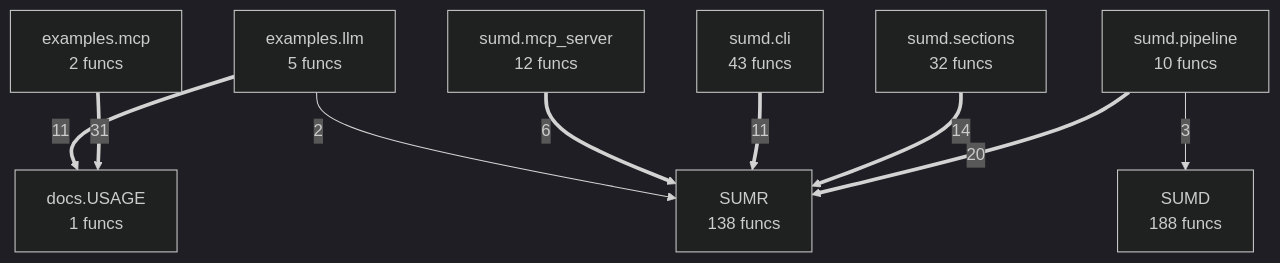
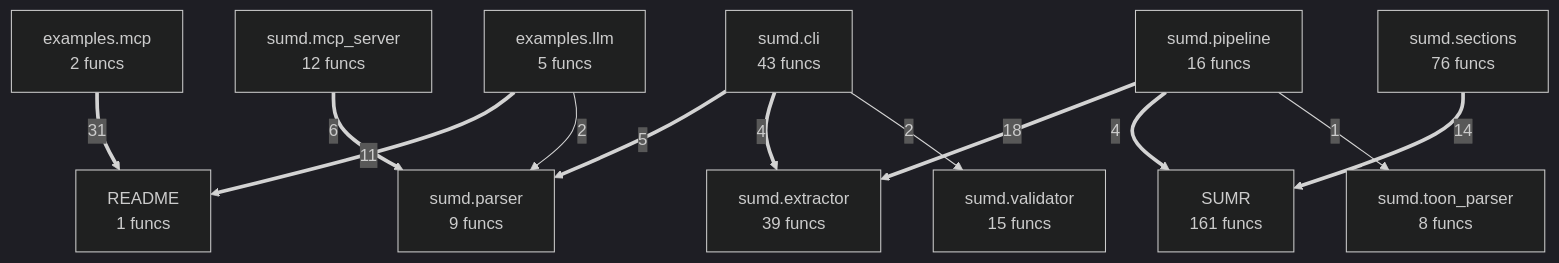
Before and after one commit to oqlos/statement: the diagram in project/compact_flow.mmd, drawn with Mermaid (dark theme). The commit also changed 27 other files, not shown here.

```diff
--- a/project/compact_flow.mmd
+++ b/project/compact_flow.mmd
@@ -1,18 +1,24 @@
 flowchart TD
-    SUMD["SUMD<br/>188 funcs"]
-    SUMR["SUMR<br/>138 funcs"]
-    docs__USAGE["docs.USAGE<br/>1 funcs"]
+    README["README<br/>1 funcs"]
+    SUMR["SUMR<br/>161 funcs"]
     examples__llm["examples.llm<br/>5 funcs"]
     examples__mcp["examples.mcp<br/>2 funcs"]
     sumd__cli["sumd.cli<br/>43 funcs"]
+    sumd__extractor["sumd.extractor<br/>39 funcs"]
     sumd__mcp_server["sumd.mcp_server<br/>12 funcs"]
-    sumd__pipeline["sumd.pipeline<br/>10 funcs"]
-    sumd__sections["sumd.sections<br/>32 funcs"]
-    examples__mcp ==>|31| docs__USAGE
-    sumd__pipeline ==>|20| SUMR
+    sumd__parser["sumd.parser<br/>9 funcs"]
+    sumd__pipeline["sumd.pipeline<br/>16 funcs"]
+    sumd__sections["sumd.sections<br/>76 funcs"]
+    sumd__toon_parser["sumd.toon_parser<br/>8 funcs"]
+    sumd__validator["sumd.validator<br/>15 funcs"]
+    examples__mcp ==>|31| README
+    sumd__pipeline ==>|18| sumd__extractor
     sumd__sections ==>|14| SUMR
-    examples__llm ==>|11| docs__USAGE
-    sumd__cli ==>|11| SUMR
-    sumd__mcp_server ==>|6| SUMR
-    sumd__pipeline -->|3| SUMD
-    examples__llm -->|2| SUMR
+    examples__llm ==>|11| README
+    sumd__mcp_server ==>|6| sumd__parser
+    sumd__cli ==>|5| sumd__parser
+    sumd__cli ==>|4| sumd__extractor
+    sumd__pipeline ==>|4| SUMR
+    examples__llm -->|2| sumd__parser
+    sumd__cli -->|2| sumd__validator
+    sumd__pipeline -->|1| sumd__toon_parser
```
